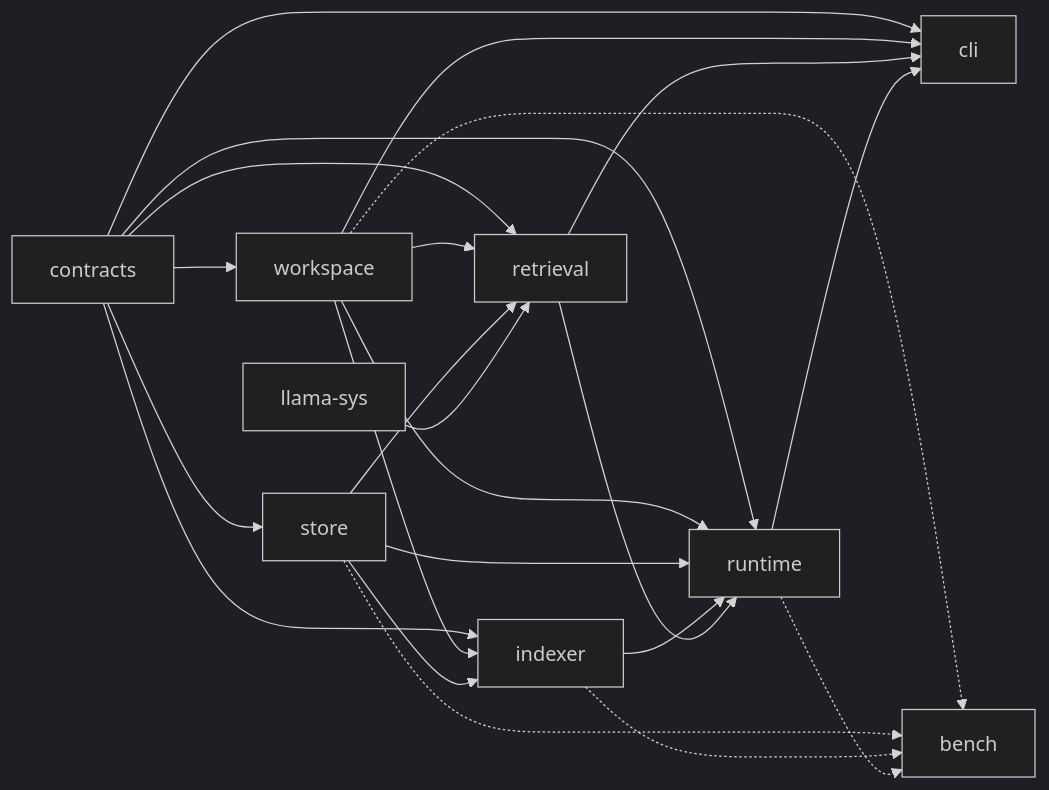
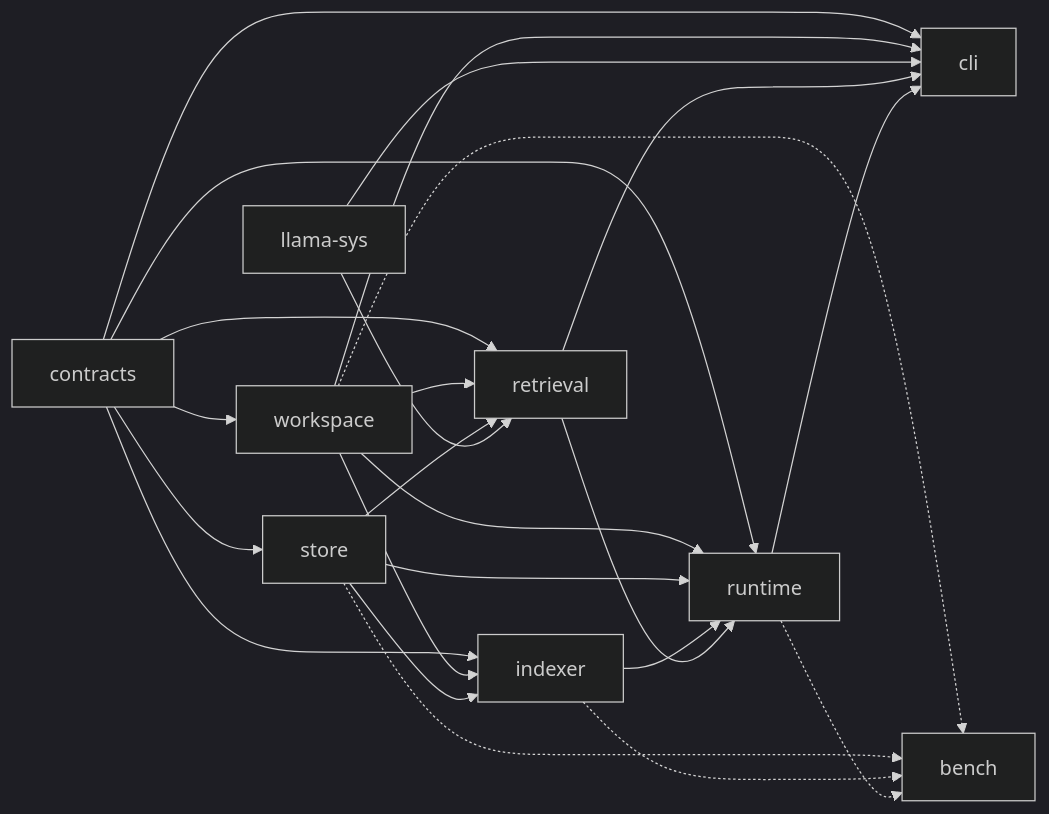
Before and after one commit to TheGreenCedar/CodeStory: the third of 3 diagrams in docs/architecture/overview.md, drawn with Mermaid (dark theme). The commit also changed other lines of this file and 25 other files, not shown here.

````diff
--- a/docs/architecture/overview.md
+++ b/docs/architecture/overview.md
@@ -88,35 +88,36 @@
 ```mermaid
 flowchart LR
     Contracts["contracts"]
     Workspace["workspace"]
     Store["store"]
     Indexer["indexer"]
     Llama["llama-sys"]
     Retrieval["retrieval"]
     Runtime["runtime"]
     CLI["cli"]
     Bench["bench"]
 
     Contracts --> Workspace
     Contracts --> Store
     Contracts --> Indexer
     Contracts --> Retrieval
     Contracts --> Runtime
     Contracts --> CLI
     Workspace --> Indexer
     Workspace --> Retrieval
     Workspace --> Runtime
     Workspace --> CLI
     Store --> Indexer
     Store --> Retrieval
     Store --> Runtime
     Llama --> Retrieval
+    Llama --> CLI
     Indexer --> Runtime
     Retrieval --> Runtime
     Retrieval --> CLI
     Runtime --> CLI
     Workspace -.-> Bench
     Store -.-> Bench
     Indexer -.-> Bench
     Runtime -.-> Bench
 ```
````
